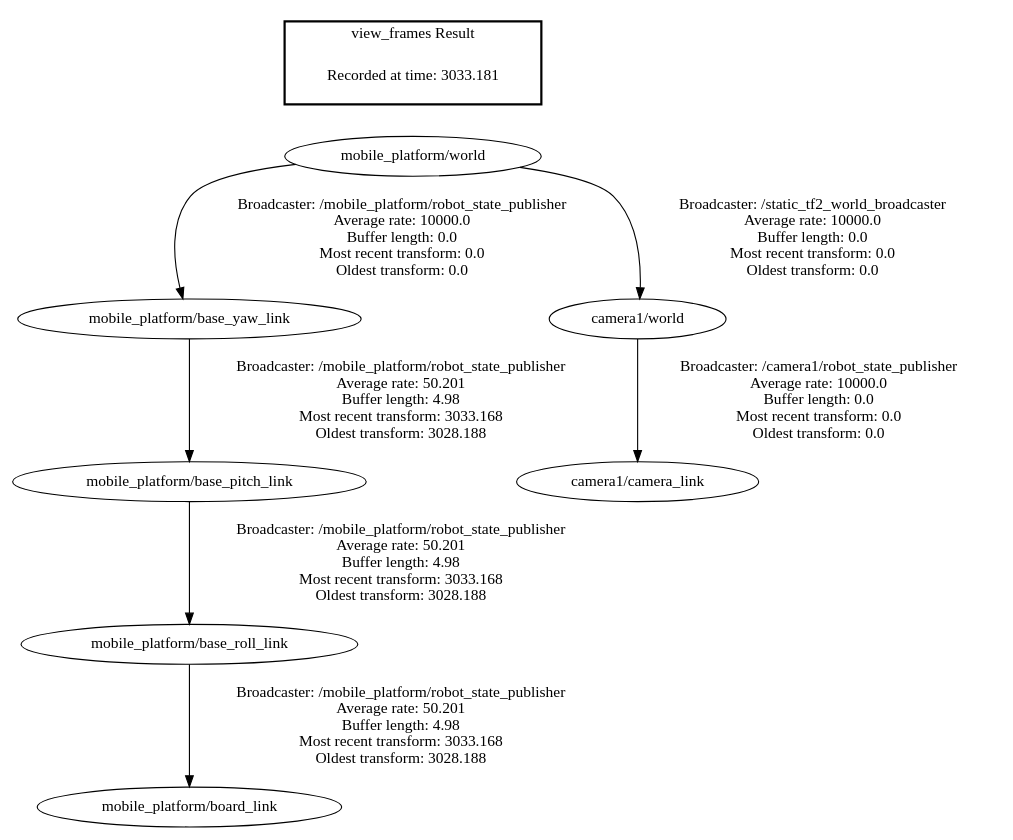
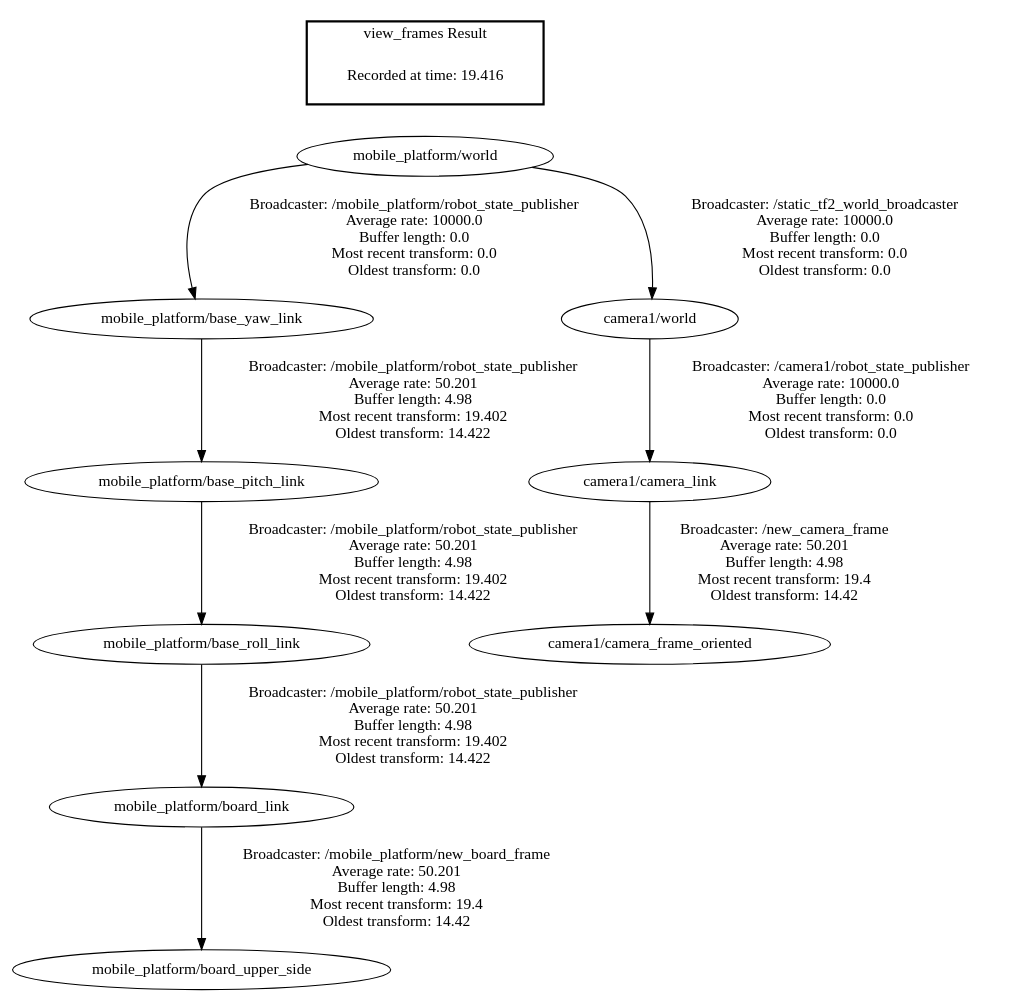
The diagram in frames.gv (TomRavaud/Internship-IRENav), drawn with Graphviz before and after one commit. The commit also changed 26 other files, not shown here.

```diff
--- a/frames.gv
+++ b/frames.gv
@@ -1,12 +1,14 @@
 digraph G {
 "mobile_platform/world" -> "mobile_platform/base_yaw_link"[label=" Broadcaster: /mobile_platform/robot_state_publisher\nAverage rate: 10000.0\nBuffer length: 0.0\nMost recent transform: 0.0\nOldest transform: 0.0\n"];
+"mobile_platform/world" -> "camera1/world"[label=" Broadcaster: /static_tf2_world_broadcaster\nAverage rate: 10000.0\nBuffer length: 0.0\nMost recent transform: 0.0\nOldest transform: 0.0\n"];
 "camera1/world" -> "camera1/camera_link"[label=" Broadcaster: /camera1/robot_state_publisher\nAverage rate: 10000.0\nBuffer length: 0.0\nMost recent transform: 0.0\nOldest transform: 0.0\n"];
-"mobile_platform/world" -> "camera1/world"[label=" Broadcaster: /static_tf2_world_broadcaster\nAverage rate: 10000.0\nBuffer length: 0.0\nMost recent transform: 0.0\nOldest transform: 0.0\n"];
-"mobile_platform/base_pitch_link" -> "mobile_platform/base_roll_link"[label=" Broadcaster: /mobile_platform/robot_state_publisher\nAverage rate: 50.201\nBuffer length: 4.98\nMost recent transform: 3033.168\nOldest transform: 3028.188\n"];
-"mobile_platform/base_yaw_link" -> "mobile_platform/base_pitch_link"[label=" Broadcaster: /mobile_platform/robot_state_publisher\nAverage rate: 50.201\nBuffer length: 4.98\nMost recent transform: 3033.168\nOldest transform: 3028.188\n"];
-"mobile_platform/base_roll_link" -> "mobile_platform/board_link"[label=" Broadcaster: /mobile_platform/robot_state_publisher\nAverage rate: 50.201\nBuffer length: 4.98\nMost recent transform: 3033.168\nOldest transform: 3028.188\n"];
+"mobile_platform/board_link" -> "mobile_platform/board_upper_side"[label=" Broadcaster: /mobile_platform/new_board_frame\nAverage rate: 50.201\nBuffer length: 4.98\nMost recent transform: 19.4\nOldest transform: 14.42\n"];
+"mobile_platform/base_roll_link" -> "mobile_platform/board_link"[label=" Broadcaster: /mobile_platform/robot_state_publisher\nAverage rate: 50.201\nBuffer length: 4.98\nMost recent transform: 19.402\nOldest transform: 14.422\n"];
+"camera1/camera_link" -> "camera1/camera_frame_oriented"[label=" Broadcaster: /new_camera_frame\nAverage rate: 50.201\nBuffer length: 4.98\nMost recent transform: 19.4\nOldest transform: 14.42\n"];
+"mobile_platform/base_pitch_link" -> "mobile_platform/base_roll_link"[label=" Broadcaster: /mobile_platform/robot_state_publisher\nAverage rate: 50.201\nBuffer length: 4.98\nMost recent transform: 19.402\nOldest transform: 14.422\n"];
+"mobile_platform/base_yaw_link" -> "mobile_platform/base_pitch_link"[label=" Broadcaster: /mobile_platform/robot_state_publisher\nAverage rate: 50.201\nBuffer length: 4.98\nMost recent transform: 19.402\nOldest transform: 14.422\n"];
 edge [style=invis];
  subgraph cluster_legend { style=bold; color=black; label ="view_frames Result";
-"Recorded at time: 3033.181"[ shape=plaintext ] ;
+"Recorded at time: 19.416"[ shape=plaintext ] ;
 }->"mobile_platform/world";
 }
```
